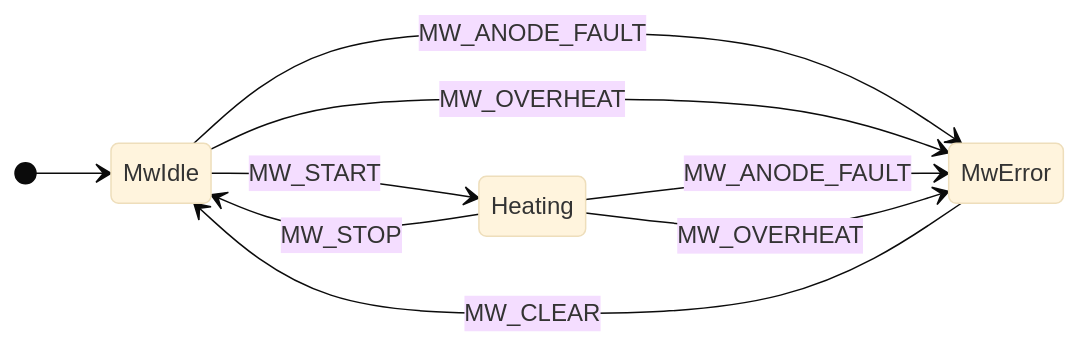
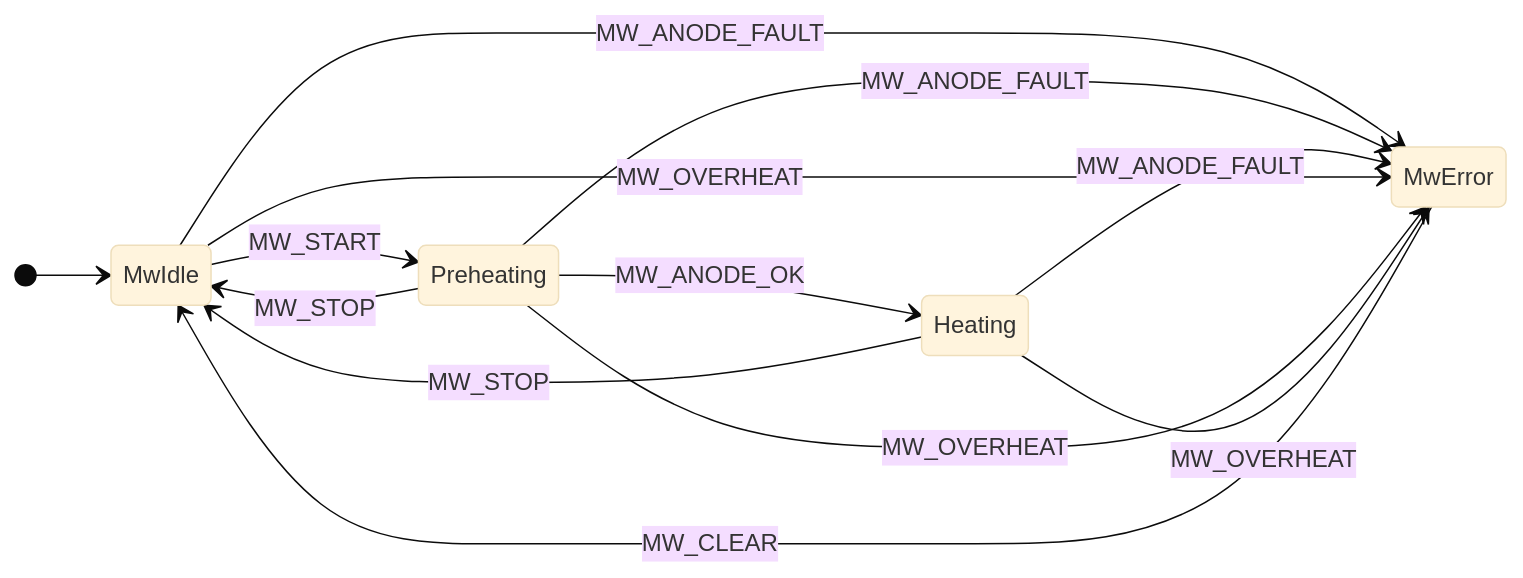
Before and after one commit to akashi-hideki/StaTable: the seventh of 15 diagrams in code/docs/samples/LAYER_DESIGN_zh.md, drawn with Mermaid (base theme). The commit also changed other lines of this file and 3 other files, not shown here.

````diff
--- a/code/docs/samples/LAYER_DESIGN_zh.md
+++ b/code/docs/samples/LAYER_DESIGN_zh.md
@@ -337,12 +431,16 @@
 ```mermaid
 stateDiagram-v2
     direction LR
     [*] --> MwIdle
-    MwIdle --> Heating : MW_START
+    MwIdle --> Preheating : MW_START
+    Preheating --> Heating : MW_ANODE_OK
+    Preheating --> MwIdle : MW_STOP
     Heating --> MwIdle : MW_STOP
     MwIdle --> MwError : MW_ANODE_FAULT
+    Preheating --> MwError : MW_ANODE_FAULT
+    Heating --> MwError : MW_ANODE_FAULT
     MwIdle --> MwError : MW_OVERHEAT
-    Heating --> MwError : MW_ANODE_FAULT
+    Preheating --> MwError : MW_OVERHEAT
     Heating --> MwError : MW_OVERHEAT
     MwError --> MwIdle : MW_CLEAR
 ```
````
